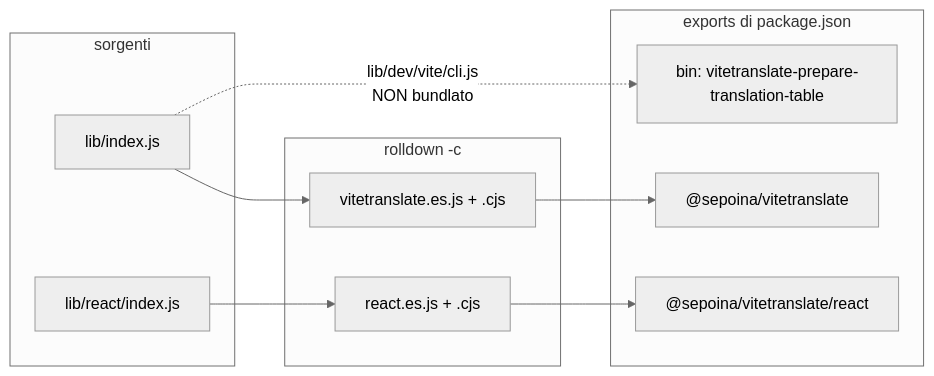
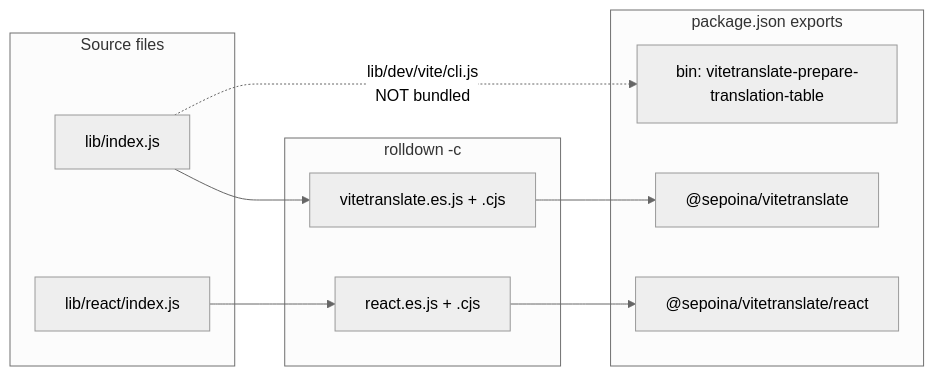
One commit to sepoina/viteTranslate changed the eighth of 8 diagrams in doc/structure.md. Above: the diagram before and after it, drawn with Mermaid (neutral theme). The commit also changed other lines of this file, not shown here.

````diff
--- a/doc/structure.md
+++ b/doc/structure.md
@@ -636,19 +611,19 @@
 ```mermaid
 flowchart LR
-  subgraph src["sorgenti"]
+  subgraph src["Source files"]
     I1["lib/index.js"]
     I2["lib/react/index.js"]
   end
   subgraph rd["rolldown -c"]
     B1["vitetranslate.es.js + .cjs"]
     B2["react.es.js + .cjs"]
   end
-  subgraph exp["exports di package.json"]
+  subgraph exp["package.json exports"]
     E1["@sepoina/vitetranslate"]
     E2["@sepoina/vitetranslate/react"]
     E3["bin: vitetranslate-prepare-translation-table"]
   end
   I1 --> B1 --> E1
   I2 --> B2 --> E2
-  I1 -.->|"lib/dev/vite/cli.js<br/>NON bundlato"| E3
+  I1 -.->|"lib/dev/vite/cli.js<br/>NOT bundled"| E3
 ```
````
